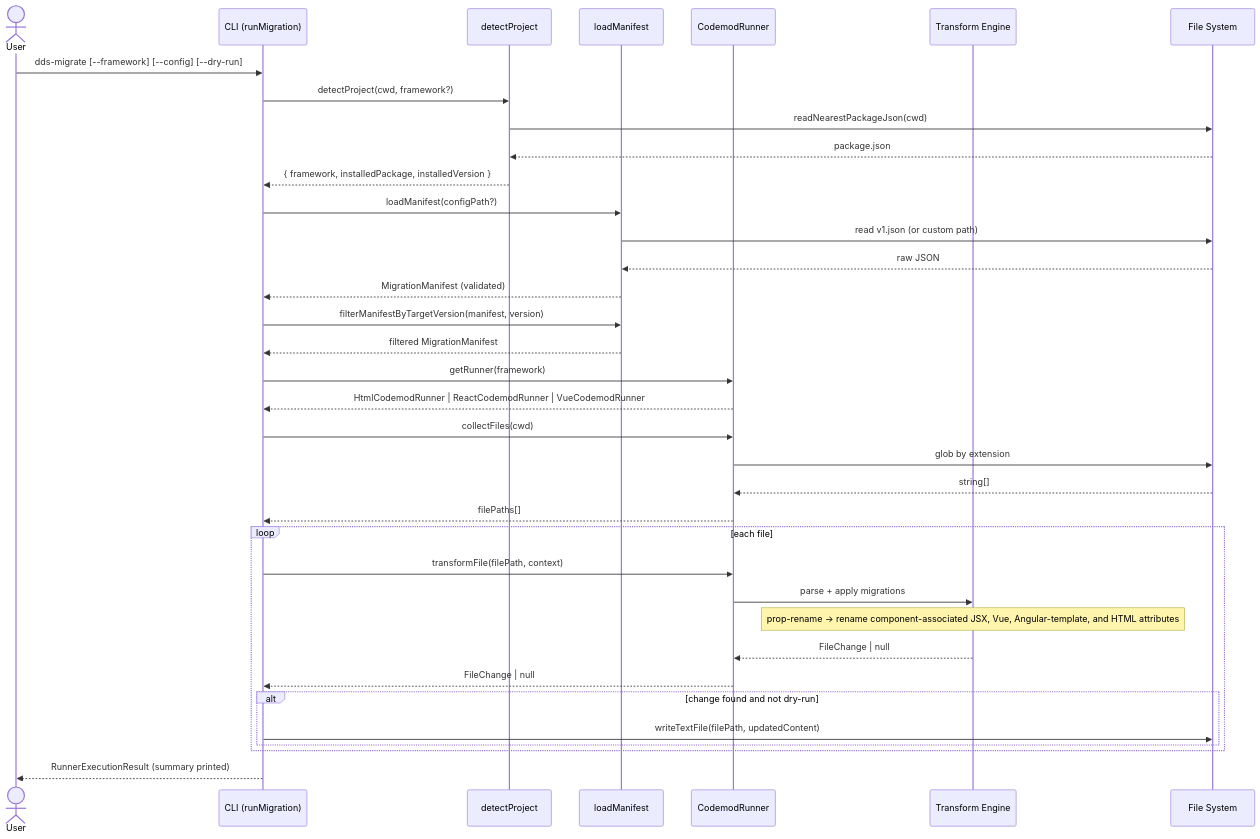
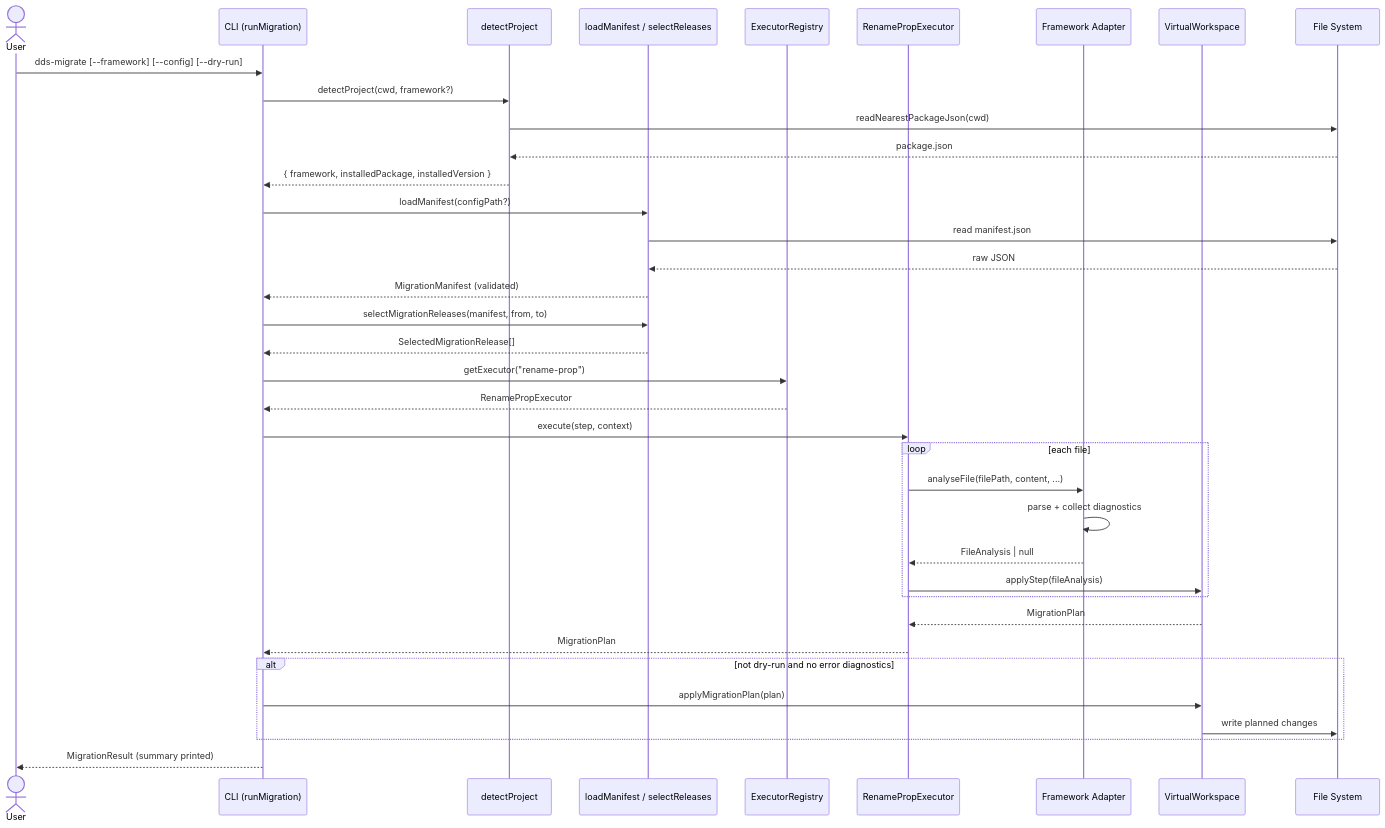
One commit to Infineon/infineon-design-system-stencil changed the second of 2 diagrams in packages/migrations/DOCS.md. Above: the diagram before and after it, drawn with Mermaid. The commit also changed other lines of this file and 9 other files, not shown here.

Commit message:
feat(migrations): enhance React and Vue adapters with improved diagnostics and support for local prop objects

````diff
--- a/packages/migrations/DOCS.md
+++ b/packages/migrations/DOCS.md
@@ -44,47 +72,49 @@
 ```mermaid
 sequenceDiagram
   actor User
   participant CLI as CLI (runMigration)
   participant Project as detectProject
-  participant Manifest as loadManifest
-  participant Runner as CodemodRunner
-  participant Engine as Transform Engine
+  participant Manifest as loadManifest / selectReleases
+  participant Registry as ExecutorRegistry
+  participant Executor as RenamePropExecutor
+  participant Adapter as Framework Adapter
+  participant Workspace as VirtualWorkspace
   participant FS as File System
 
   User->>CLI: dds-migrate [--framework] [--config] [--dry-run]
 
   CLI->>Project: detectProject(cwd, framework?)
   Project->>FS: readNearestPackageJson(cwd)
   FS-->>Project: package.json
   Project-->>CLI: { framework, installedPackage, installedVersion }
 
   CLI->>Manifest: loadManifest(configPath?)
-  Manifest->>FS: read v1.json (or custom path)
+  Manifest->>FS: read manifest.json
   FS-->>Manifest: raw JSON
   Manifest-->>CLI: MigrationManifest (validated)
 
-  CLI->>Manifest: filterManifestByTargetVersion(manifest, version)
-  Manifest-->>CLI: filtered MigrationManifest
+  CLI->>Manifest: selectMigrationReleases(manifest, from, to)
+  Manifest-->>CLI: SelectedMigrationRelease[]
 
-  CLI->>Runner: getRunner(framework)
-  Runner-->>CLI: HtmlCodemodRunner | ReactCodemodRunner | VueCodemodRunner
+  CLI->>Registry: getExecutor("rename-prop")
+  Registry-->>CLI: RenamePropExecutor
 
-  CLI->>Runner: collectFiles(cwd)
-  Runner->>FS: glob by extension
-  FS-->>Runner: string[]
-  Runner-->>CLI: filePaths[]
+  CLI->>Executor: execute(step, context)
 
   loop each file
-    CLI->>Runner: transformFile(filePath, context)
-    Runner->>Engine: parse + apply migrations
-    Note over Engine: prop-rename → rename component-associated JSX, Vue, Angular-template, and HTML attributes
-    Engine-->>Runner: FileChange | null
-    Runner-->>CLI: FileChange | null
-
-    alt change found and not dry-run
-      CLI->>FS: writeTextFile(filePath, updatedContent)
-    end
+    Executor->>Adapter: analyseFile(filePath, content, ...)
+    Adapter->>Adapter: parse + collect diagnostics
+    Adapter-->>Executor: FileAnalysis | null
+    Executor->>Workspace: applyStep(fileAnalysis)
   end
 
-  CLI-->>User: RunnerExecutionResult (summary printed)
+  Workspace-->>Executor: MigrationPlan
+  Executor-->>CLI: MigrationPlan
+
+  alt not dry-run and no error diagnostics
+    CLI->>Workspace: applyMigrationPlan(plan)
+    Workspace->>FS: write planned changes
+  end
+
+  CLI-->>User: MigrationResult (summary printed)
 ```
````
